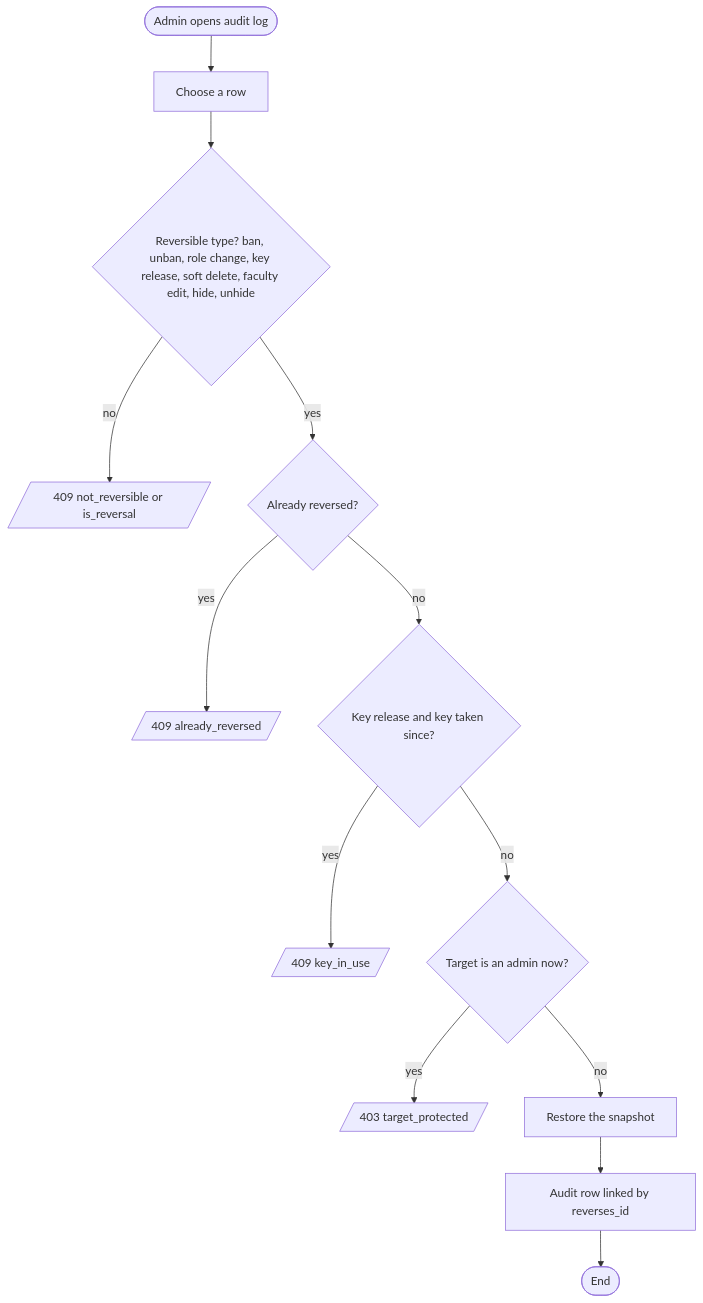
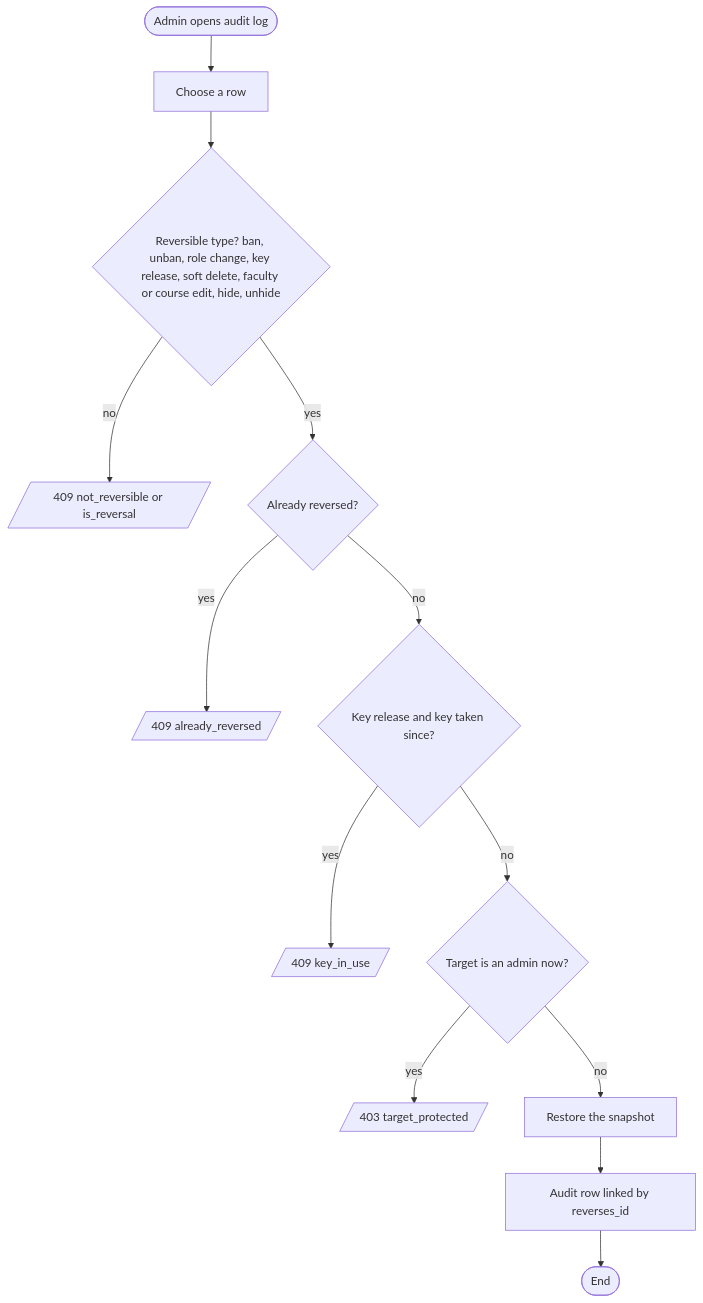
Before and after one commit to shithil17/UniLink: the fourth of 4 diagrams in docs/moderation-flow.md, drawn with Mermaid. The commit also changed 44 other files, not shown here.

````diff
--- a/docs/moderation-flow.md
+++ b/docs/moderation-flow.md
@@ -73,15 +73,15 @@
 ```mermaid
 flowchart TD
   A([Admin opens audit log]) --> B[Choose a row]
-  B --> C{Reversible type? ban, unban, role change, key release, soft delete, faculty edit, hide, unhide}
+  B --> C{Reversible type? ban, unban, role change, key release, soft delete, faculty or course edit, hide, unhide}
   C -- no --> X1[/409 not_reversible or is_reversal/]
   C -- yes --> D{Already reversed?}
   D -- yes --> X2[/409 already_reversed/]
   D -- no --> E{Key release and key taken since?}
   E -- yes --> X3[/409 key_in_use/]
   E -- no --> F{Target is an admin now?}
   F -- yes --> X4[/403 target_protected/]
   F -- no --> G[Restore the snapshot]
   G --> H[Audit row linked by reverses_id]
   H --> Z([End])
 ```
````
